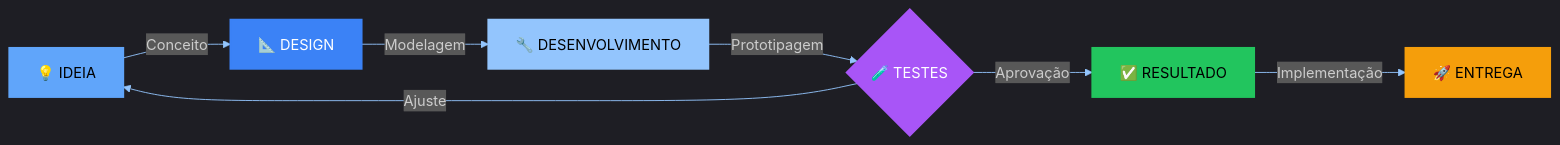
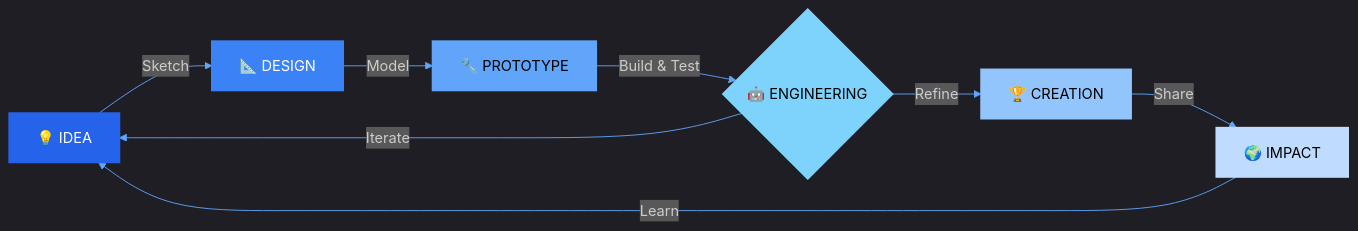
The third of 4 diagrams in readme.md (nasblor/nasblor), drawn with Mermaid before and after one commit. The commit also changed other lines of this file, not shown here.

````diff
--- a/readme.md
+++ b/readme.md
@@ -113,16 +145,17 @@
 ```mermaid
-%%{init: {'theme':'dark','themeVariables':{'primaryColor':'#60a5fa','primaryTextColor':'#000','lineColor':'#93c5fd','secondaryColor':'#1e3a5f','tertiaryColor':'#0a1628'}}}%%
+%%{init: {'theme':'dark','themeVariables':{'primaryColor':'#7dd3fc','primaryTextColor':'#000','lineColor':'#60a5fa','secondaryColor':'#0d1b3e','tertiaryColor':'#0a0f1a'}}}%%
 flowchart LR
-    A["💡 IDEIA"] -->|Conceito| B["📐 DESIGN"]
-    B -->|Modelagem| C["🔧 DESENVOLVIMENTO"]
-    C -->|Prototipagem| D{"🧪 TESTES"}
-    D -->|Ajuste| A
-    D -->|Aprovação| E["✅ RESULTADO"]
-    E -->|Implementação| F["🚀 ENTREGA"]
-    style A fill:#60a5fa,stroke:#60a5fa,color:#000,stroke-width:2px
+    A["💡 IDEA"] -->|Sketch| B["📐 DESIGN"]
+    B -->|Model| C["🔧 PROTOTYPE"]
+    C -->|Build & Test| D{"🤖 ENGINEERING"}
+    D -->|Refine| E["🏆 CREATION"]
+    D -->|Iterate| A
+    E -->|Share| F["🌍 IMPACT"]
+    F -->|Learn| A
+    style A fill:#2563eb,stroke:#2563eb,color:#fff,stroke-width:2px
     style B fill:#3b82f6,stroke:#3b82f6,color:#fff,stroke-width:2px
-    style C fill:#93c5fd,stroke:#93c5fd,color:#000,stroke-width:2px
-    style D fill:#a855f7,stroke:#a855f7,color:#fff,stroke-width:2px
-    style E fill:#22c55e,stroke:#22c55e,color:#000,stroke-width:2px
-    style F fill:#f59e0b,stroke:#f59e0b,color:#000,stroke-width:2px
+    style C fill:#60a5fa,stroke:#60a5fa,color:#000,stroke-width:2px
+    style D fill:#7dd3fc,stroke:#7dd3fc,color:#000,stroke-width:2px
+    style E fill:#93c5fd,stroke:#93c5fd,color:#000,stroke-width:2px
+    style F fill:#bfdbfe,stroke:#bfdbfe,color:#000,stroke-width:2px
 ```
````
